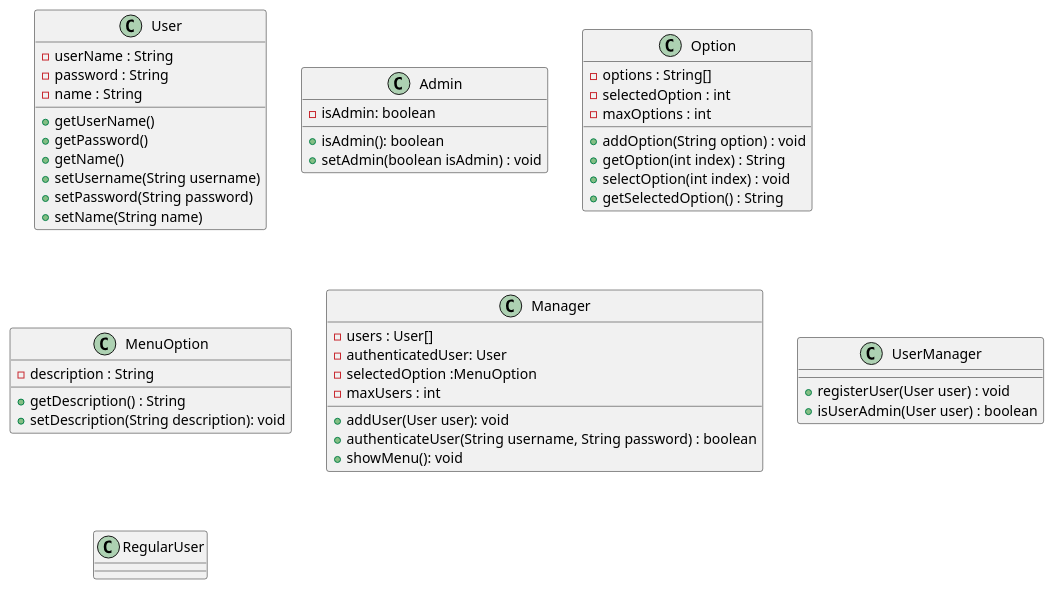
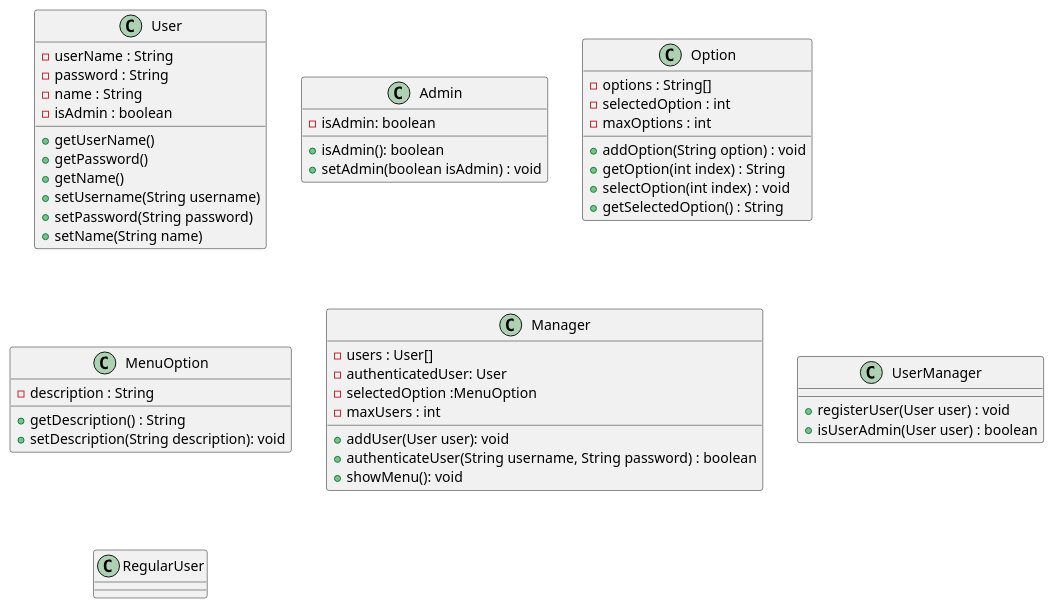
Before and after one commit to mmasias/progra2-22-23: the diagram in ejercicios/entregas/josueMerino/EX003Inheritance/docs/Inheritance.puml, drawn with PlantUML. The commit also changed 4 other files, not shown here.

```diff
--- a/ejercicios/entregas/josueMerino/EX003Inheritance/docs/Inheritance.puml
+++ b/ejercicios/entregas/josueMerino/EX003Inheritance/docs/Inheritance.puml
@@ -1,55 +1,56 @@
 @startuml
 class User{
     - userName : String
     - password : String
     - name : String
+    - isAdmin : boolean
     + getUserName()
     + getPassword()
     + getName()
     + setUsername(String username)
     + setPassword(String password)
     + setName(String name)
 }
 
 class Admin{
     - isAdmin: boolean
     + isAdmin(): boolean
     + setAdmin(boolean isAdmin) : void
 }
 
 class Option{
     - options : String[]
     - selectedOption : int
     - maxOptions : int
     + addOption(String option) : void
     + getOption(int index) : String
     + selectOption(int index) : void
     + getSelectedOption() : String
 }
 
 class MenuOption
 {
     - description : String
     + getDescription() : String
     + setDescription(String description): void
 }
 
 class Manager {
     - users : User[]
     - authenticatedUser: User
     - selectedOption :MenuOption
     - maxUsers : int
     + addUser(User user): void
     + authenticateUser(String username, String password) : boolean
     + showMenu(): void
 }
 
 class UserManager {
     + registerUser(User user) : void
     + isUserAdmin(User user) : boolean
 }
 
 class RegularUser
 
 
 @enduml
```
